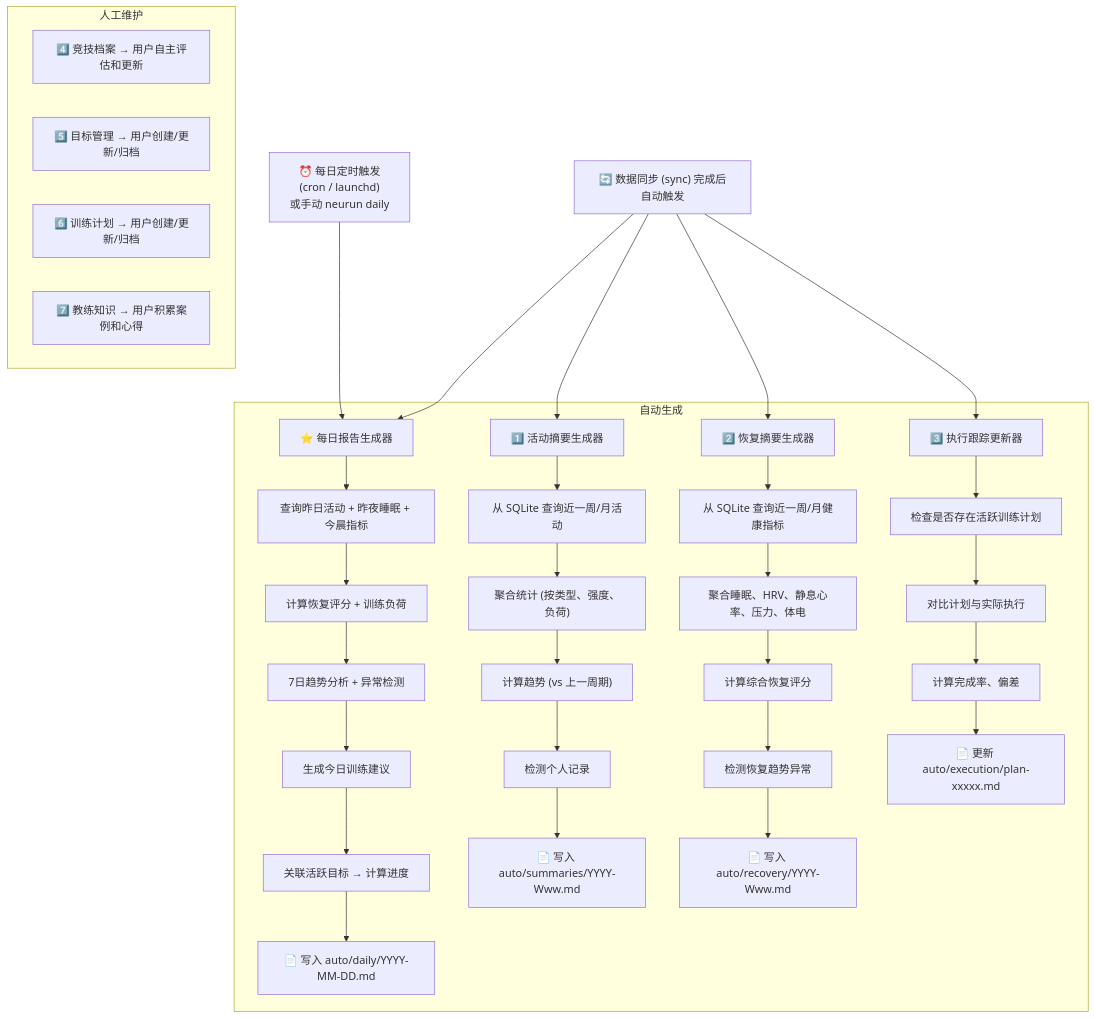
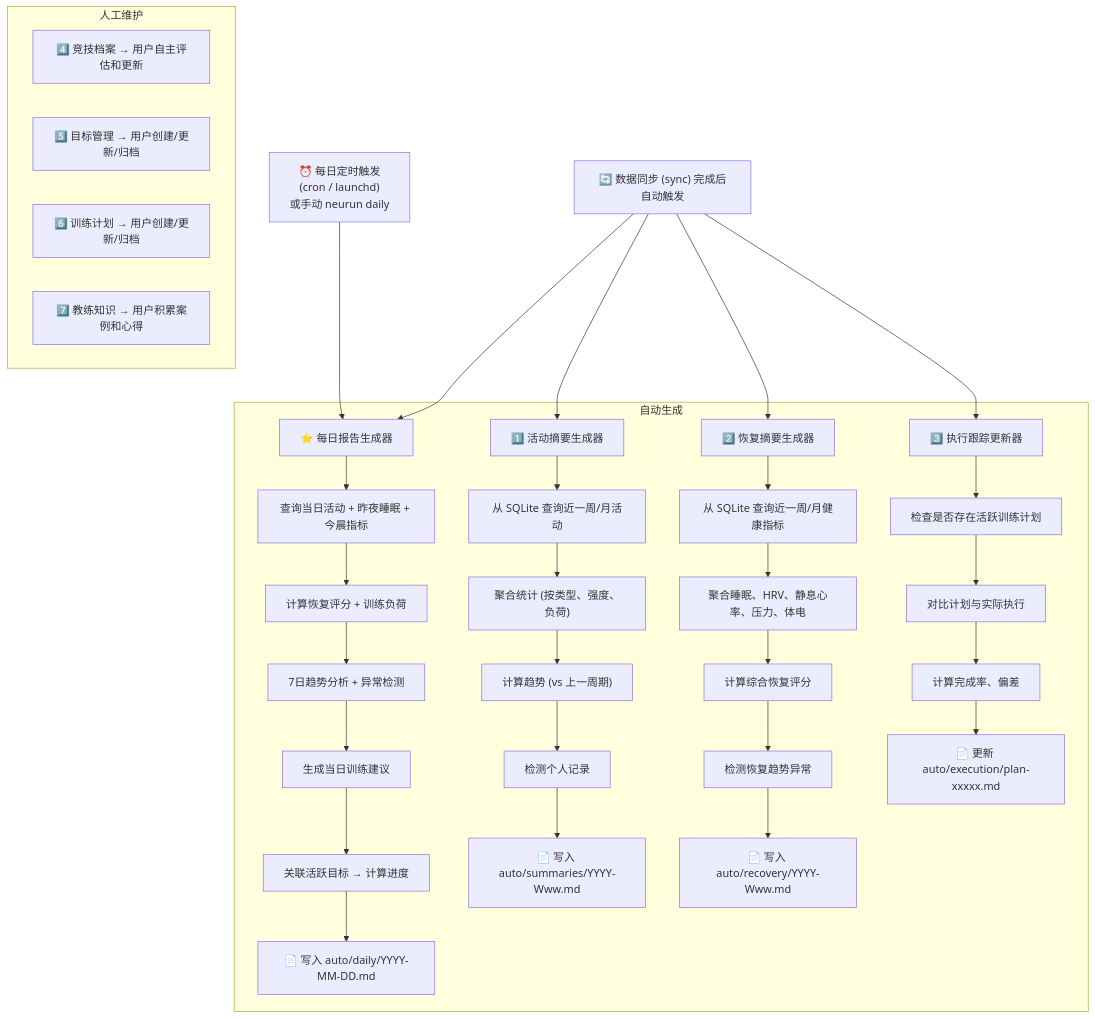
The second of 6 diagrams in docs/design/memory-system.md (qd1993102/rundown), drawn with Mermaid before and after one commit. The commit also changed other lines of this file and 179 other files, not shown here.

````diff
--- a/docs/design/memory-system.md
+++ b/docs/design/memory-system.md
@@ -776,48 +776,48 @@
 ```mermaid
 graph TD
     SYNC["🔄 数据同步 (sync) 完成后自动触发"]
     DAILY_TRIGGER["⏰ 每日定时触发<br/>(cron / launchd)<br/>或手动 neurun daily"]
 
     subgraph AUTO["自动生成"]
         S0["⭐ 每日报告生成器"]
-        S0A["查询昨日活动 + 昨夜睡眠 + 今晨指标"]
+        S0A["查询当日活动 + 昨夜睡眠 + 今晨指标"]
         S0B["计算恢复评分 + 训练负荷"]
         S0C["7日趋势分析 + 异常检测"]
-        S0D["生成今日训练建议"]
+        S0D["生成当日训练建议"]
         S0E["关联活跃目标 → 计算进度"]
         S0F["📄 写入 auto/daily/YYYY-MM-DD.md"]
 
         S1["1️⃣ 活动摘要生成器"]
         S1A["从 SQLite 查询近一周/月活动"]
         S1B["聚合统计 (按类型、强度、负荷)"]
         S1C["计算趋势 (vs 上一周期)"]
         S1D["检测个人记录"]
         S1E["📄 写入 auto/summaries/YYYY-Www.md"]
 
         S2["2️⃣ 恢复摘要生成器"]
         S2A["从 SQLite 查询近一周/月健康指标"]
         S2B["聚合睡眠、HRV、静息心率、压力、体电"]
         S2C["计算综合恢复评分"]
         S2D["检测恢复趋势异常"]
         S2E["📄 写入 auto/recovery/YYYY-Www.md"]
 
         S3["3️⃣ 执行跟踪更新器"]
         S3A["检查是否存在活跃训练计划"]
         S3B["对比计划与实际执行"]
         S3C["计算完成率、偏差"]
         S3D["📄 更新 auto/execution/plan-xxxxx.md"]
     end
 
     subgraph MANUAL["人工维护"]
         M1["4️⃣ 竞技档案 → 用户自主评估和更新"]
         M2["5️⃣ 目标管理 → 用户创建/更新/归档"]
         M3["6️⃣ 训练计划 → 用户创建/更新/归档"]
         M4["7️⃣ 教练知识 → 用户积累案例和心得"]
     end
 
     SYNC --> S0 --> S0A --> S0B --> S0C --> S0D --> S0E --> S0F
     DAILY_TRIGGER --> S0
     SYNC --> S1 --> S1A --> S1B --> S1C --> S1D --> S1E
     SYNC --> S2 --> S2A --> S2B --> S2C --> S2D --> S2E
     SYNC --> S3 --> S3A --> S3B --> S3C --> S3D
 ```
````
